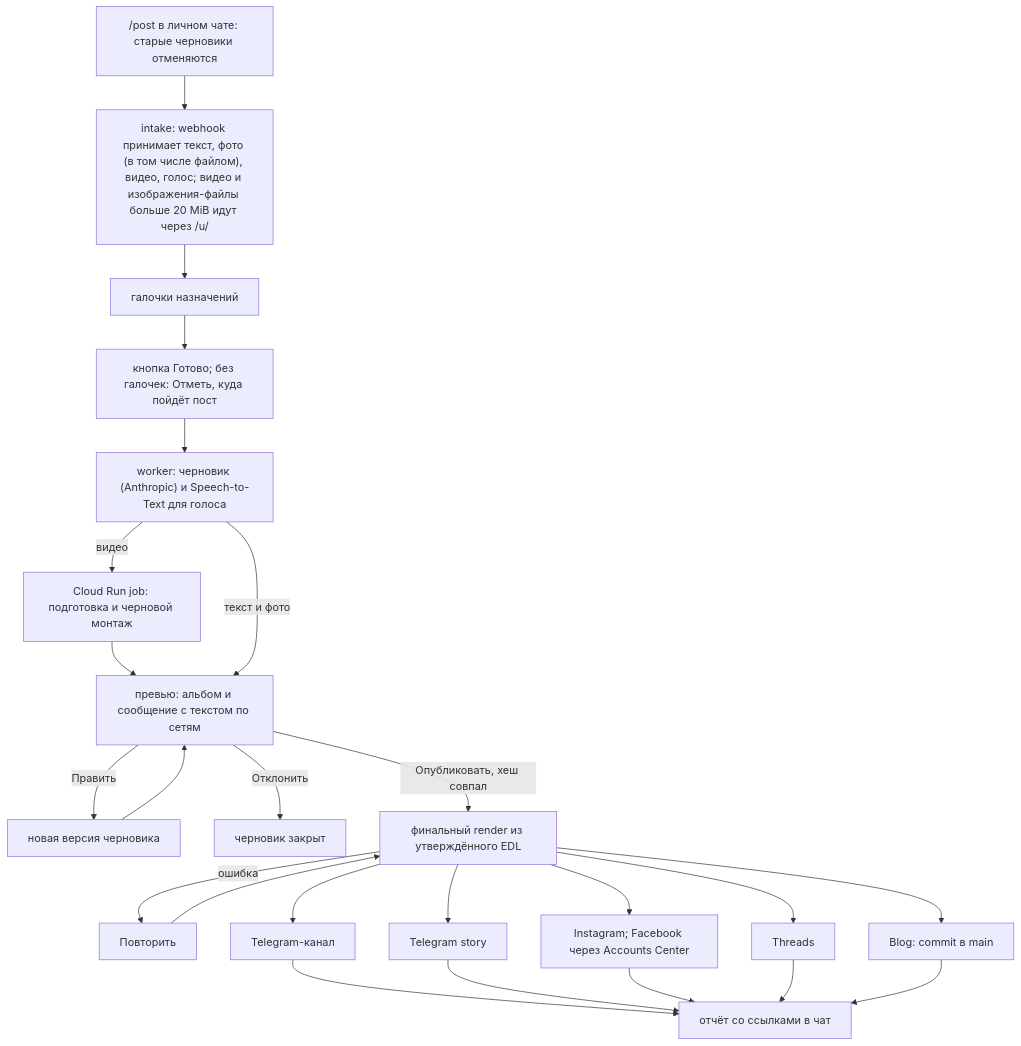
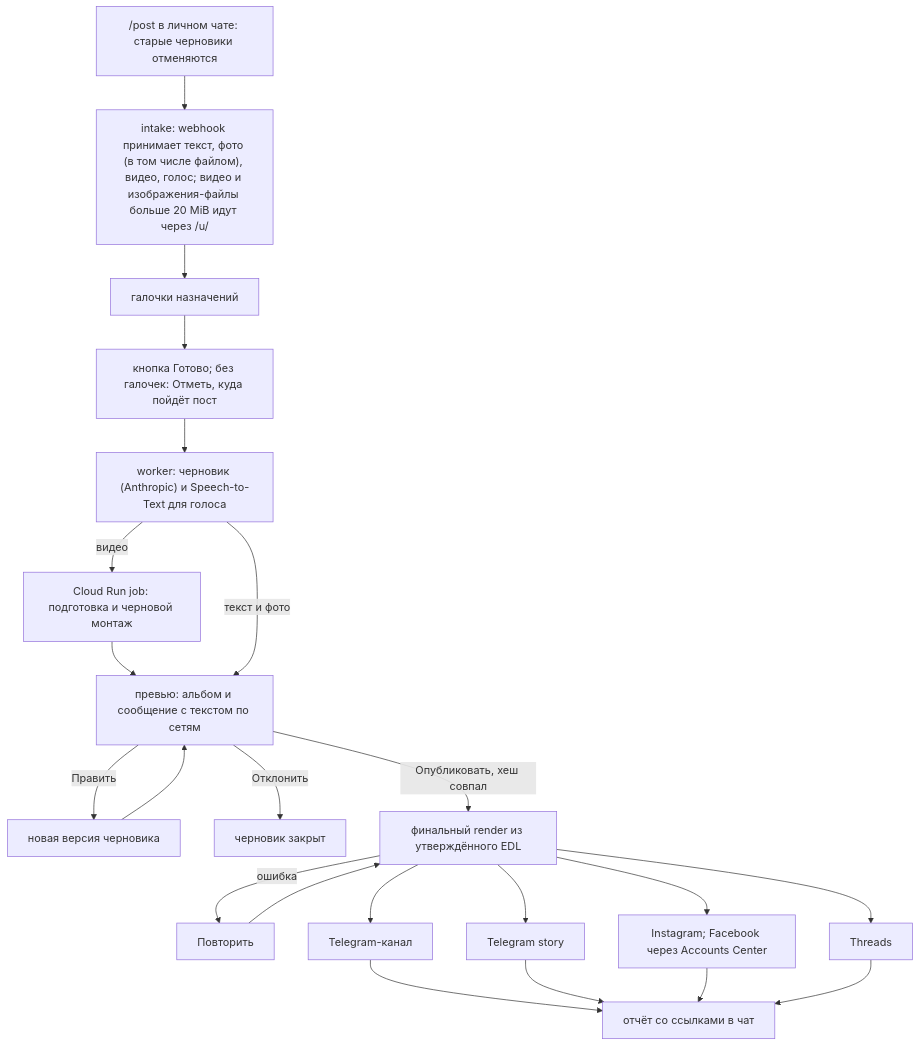
One commit to romacv/romacv changed the third of 3 diagrams in autopost/docs/autopost.md. Above: the diagram before and after it, drawn with Mermaid. The commit also changed other lines of this file and 18 other files, not shown here.

````diff
--- a/autopost/docs/autopost.md
+++ b/autopost/docs/autopost.md
@@ -123,26 +122,24 @@
 ```mermaid
 flowchart TD
     cmd["/post в личном чате: старые черновики отменяются"] --> intake["intake: webhook принимает текст, фото (в том числе файлом), видео, голос; видео и изображения-файлы больше 20 MiB идут через /u/"]
     intake --> boxes["галочки назначений"]
     boxes --> done["кнопка Готово; без галочек: Отметь, куда пойдёт пост"]
     done --> agent["worker: черновик (Anthropic) и Speech-to-Text для голоса"]
     agent -->|видео| prep["Cloud Run job: подготовка и черновой монтаж"]
     prep --> preview
     agent -->|текст и фото| preview["превью: альбом и сообщение с текстом по сетям"]
     preview -->|Править| edit["новая версия черновика"]
     edit --> preview
     preview -->|Отклонить| closed["черновик закрыт"]
     preview -->|Опубликовать, хеш совпал| final["финальный render из утверждённого EDL"]
     final -->|ошибка| retry["Повторить"]
     retry --> final
     final --> tgc["Telegram-канал"]
     final --> tgs["Telegram story"]
     final --> ig["Instagram; Facebook через Accounts Center"]
     final --> th["Threads"]
-    final --> blog["Blog: commit в main"]
     tgc --> report["отчёт со ссылками в чат"]
     tgs --> report
     ig --> report
     th --> report
-    blog --> report
 ```
````
